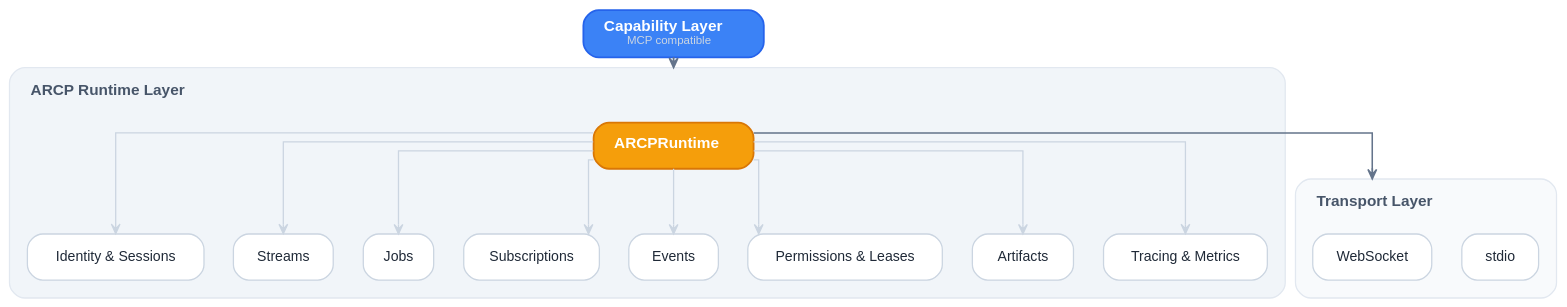
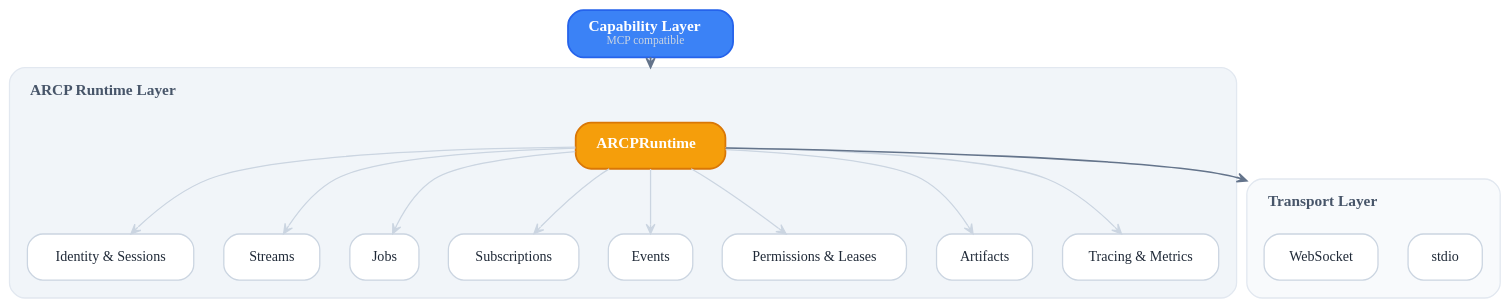
One commit to agentruntimecontrolprotocol/php-sdk changed the diagram in docs/diagrams/architecture-light.dot. Above: the diagram before and after it, drawn with Graphviz. The commit also changed 3 other files, not shown here.

First line of the commit message:
Harmonize Graphviz diagrams with the ARCP design system

```diff
--- a/docs/diagrams/architecture-light.dot
+++ b/docs/diagrams/architecture-light.dot
@@ -1,67 +1,67 @@
 // ARCP PHP SDK architecture stack (light)
 // Capability Layer (MCP) → ARCP Runtime Layer → Transport Layer.
 digraph PhpSdkArchitecture {
-  rankdir=TB; bgcolor="transparent"; compound=true; fontname="Helvetica";
-  splines=ortho; nodesep=0.32; ranksep=0.45; pad="0.35,0.25";
+  rankdir=TB; bgcolor="transparent"; compound=true; fontname="TT Commons Pro Trial";
+  splines=spline; nodesep=0.32; ranksep=0.45; pad="0.35,0.25";
 
   node [shape=box, style="rounded,filled", fillcolor="white", color="#CBD5E1",
-        fontname="Helvetica", fontsize=11, fontcolor="#1F2937",
+        fontname="TT Commons Pro Trial", fontsize=11, fontcolor="#1F2937",
         margin="0.22,0.11", penwidth=1.0];
-  edge [fontname="Helvetica", fontsize=9, fontcolor="#64748B", color="#94A3B8",
+  edge [fontname="TT Commons Pro Trial", fontsize=9, fontcolor="#64748B", color="#94A3B8",
         penwidth=1.1, arrowsize=0.75, arrowhead=vee];
 
   Capability [
     label=<<FONT POINT-SIZE="12"><B>Capability Layer</B></FONT><BR/><FONT POINT-SIZE="9" COLOR="#CBD5E1">MCP compatible</FONT>>,
     fillcolor="#3B82F6", color="#2563EB", fontcolor="white", penwidth=1.4
   ];
 
   subgraph cluster_runtime {
     label=<<TABLE BORDER="0" CELLBORDER="0" CELLPADDING="0" CELLSPACING="0"><TR><TD COLSPAN="3" HEIGHT="8"></TD></TR><TR><TD WIDTH="8"></TD><TD><FONT POINT-SIZE="12"><B>ARCP Runtime Layer</B></FONT></TD><TD WIDTH="8"></TD></TR></TABLE>>;
     style="rounded,filled";
     fillcolor="#F1F5F9"; color="#E2E8F0";
-    fontname="Helvetica"; fontcolor="#475569";
+    fontname="TT Commons Pro Trial"; fontcolor="#475569";
     margin=14; labeljust=l; penwidth=1.0;
 
     Runtime [
       label=<<FONT POINT-SIZE="12"><B>ARCPRuntime</B></FONT>>,
       fillcolor="#F59E0B", color="#D97706", fontcolor="white", penwidth=1.4
     ];
 
     Identity      [label="Identity & Sessions"];
     Streams       [label="Streams"];
     Jobs          [label="Jobs"];
     Subscriptions [label="Subscriptions"];
     Events        [label="Events"];
     Permissions   [label="Permissions & Leases"];
     Artifacts     [label="Artifacts"];
     Tracing       [label="Tracing & Metrics"];
   }
 
   subgraph cluster_transport {
     label=<<TABLE BORDER="0" CELLBORDER="0" CELLPADDING="0" CELLSPACING="0"><TR><TD COLSPAN="3" HEIGHT="8"></TD></TR><TR><TD WIDTH="8"></TD><TD><FONT POINT-SIZE="12"><B>Transport Layer</B></FONT></TD><TD WIDTH="8"></TD></TR></TABLE>>;
     style="rounded,filled";
     fillcolor="#F8FAFC"; color="#E2E8F0";
-    fontname="Helvetica"; fontcolor="#475569";
+    fontname="TT Commons Pro Trial"; fontcolor="#475569";
     margin=14; labeljust=l; penwidth=1.0;
 
     Ws    [label="WebSocket"];
     Stdio [label="stdio"];
 
     Ws -> Stdio [style=invis];
     { rank=same; Ws; Stdio; }
   }
 
   edge [color="#64748B", penwidth=1.2];
   Capability -> Runtime [lhead=cluster_runtime];
   Runtime    -> Ws      [lhead=cluster_transport];
 
   edge [color="#CBD5E1", penwidth=1.0];
   Runtime -> Identity;
   Runtime -> Streams;
   Runtime -> Jobs;
   Runtime -> Subscriptions;
   Runtime -> Events;
   Runtime -> Permissions;
   Runtime -> Artifacts;
   Runtime -> Tracing;
 }
```
